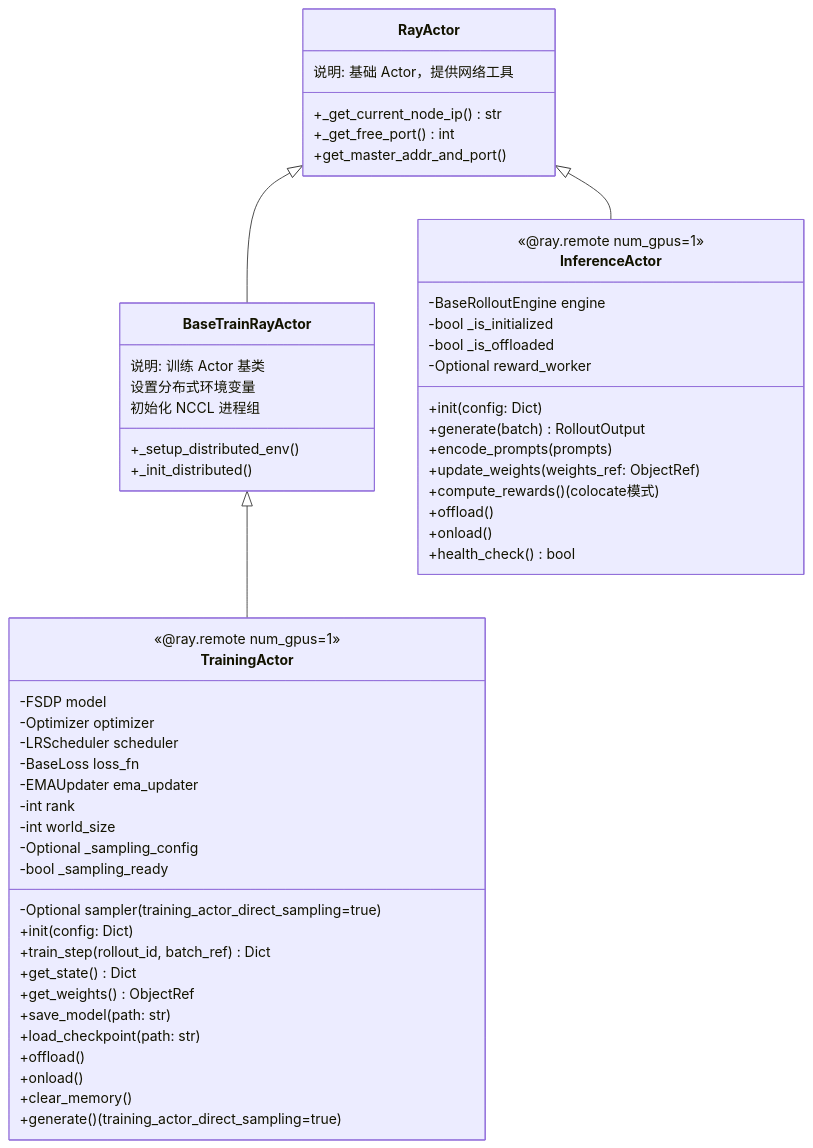
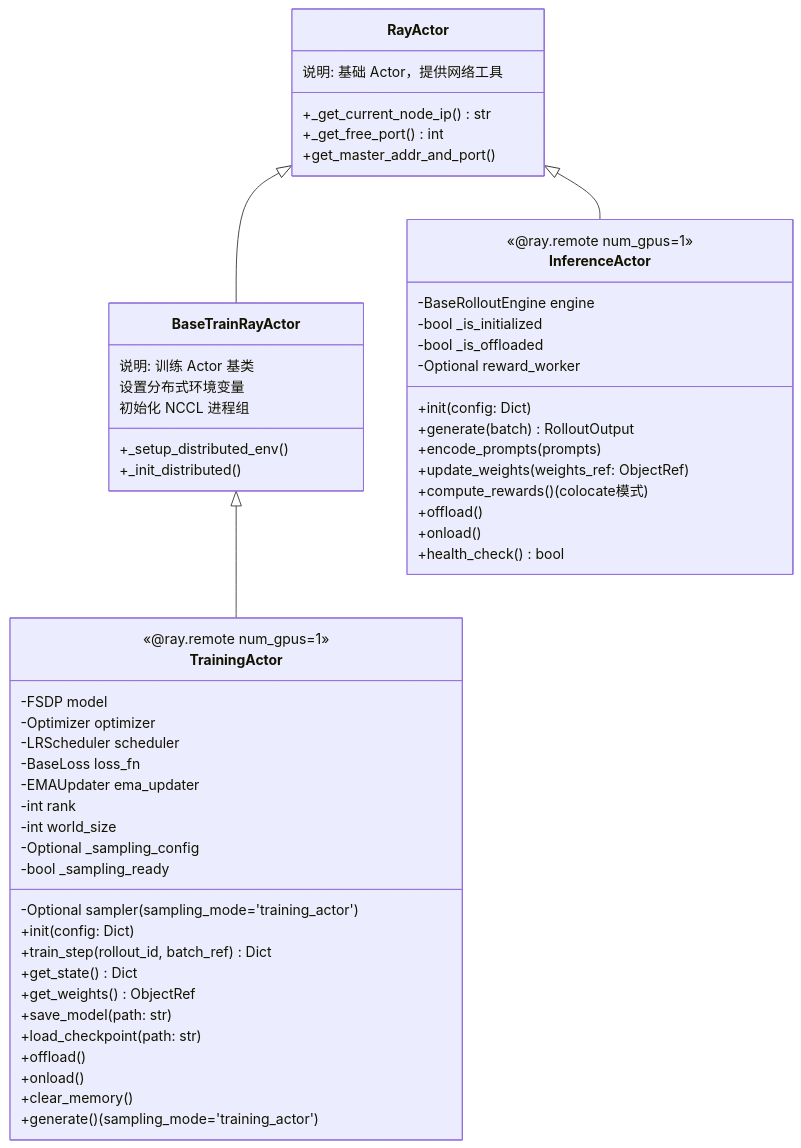
One commit to celve/unirl changed the ninth of 27 diagrams in docs/Diffusion_RL_Design_Analysis.md. Above: the diagram before and after it, drawn with Mermaid. The commit also changed other lines of this file and 3 other files, not shown here.

Commit message:
docs: update architecture docs for refactored runtime

````diff
--- a/docs/Diffusion_RL_Design_Analysis.md
+++ b/docs/Diffusion_RL_Design_Analysis.md
@@ -1562,61 +1562,61 @@
 ```mermaid
 classDiagram
     class RayActor {
         +_get_current_node_ip() str
         +_get_free_port() int
         +get_master_addr_and_port()
         说明: 基础 Actor，提供网络工具
     }
 
     class BaseTrainRayActor {
         +_setup_distributed_env()
         +_init_distributed()
         说明: 训练 Actor 基类
         设置分布式环境变量
         初始化 NCCL 进程组
     }
 
     class InferenceActor {
         <<@ray.remote num_gpus=1>>
         -BaseRolloutEngine engine
         -bool _is_initialized
         -bool _is_offloaded
         -Optional reward_worker
         +init(config: Dict)
         +generate(batch) RolloutOutput
         +encode_prompts(prompts)
         +update_weights(weights_ref: ObjectRef)
         +compute_rewards() (colocate模式)
         +offload()
         +onload()
         +health_check() bool
     }
 
     class TrainingActor {
         <<@ray.remote num_gpus=1>>
         -FSDP model
         -Optimizer optimizer
         -LRScheduler scheduler
         -BaseLoss loss_fn
         -EMAUpdater ema_updater
         -int rank
         -int world_size
-        -Optional sampler (training_actor_direct_sampling=true)
+        -Optional sampler (sampling_mode='training_actor')
         -Optional _sampling_config
         -bool _sampling_ready
         +init(config: Dict)
         +train_step(rollout_id, batch_ref) Dict
         +get_state() Dict
         +get_weights() ObjectRef
         +save_model(path: str)
         +load_checkpoint(path: str)
         +offload()
         +onload()
         +clear_memory()
-        +generate() (training_actor_direct_sampling=true)
+        +generate() (sampling_mode='training_actor')
     }
 
     RayActor <|-- BaseTrainRayActor
     RayActor <|-- InferenceActor
     BaseTrainRayActor <|-- TrainingActor
 ```
````
